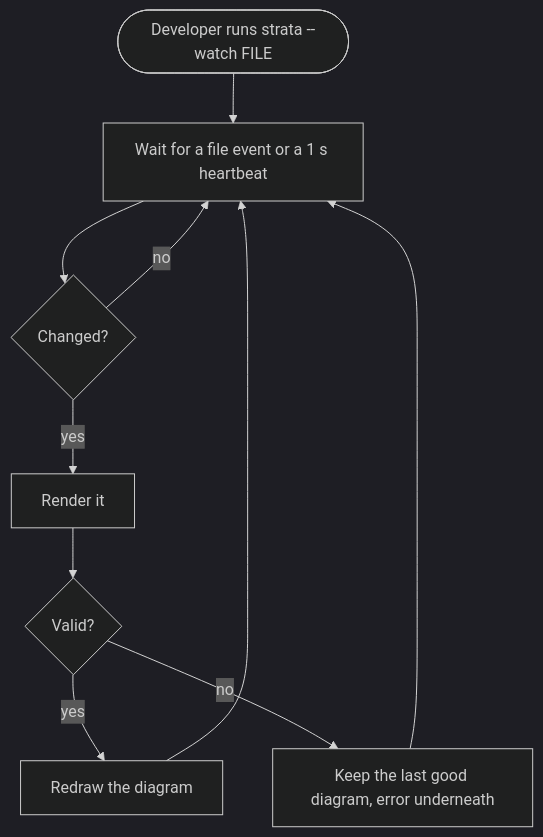
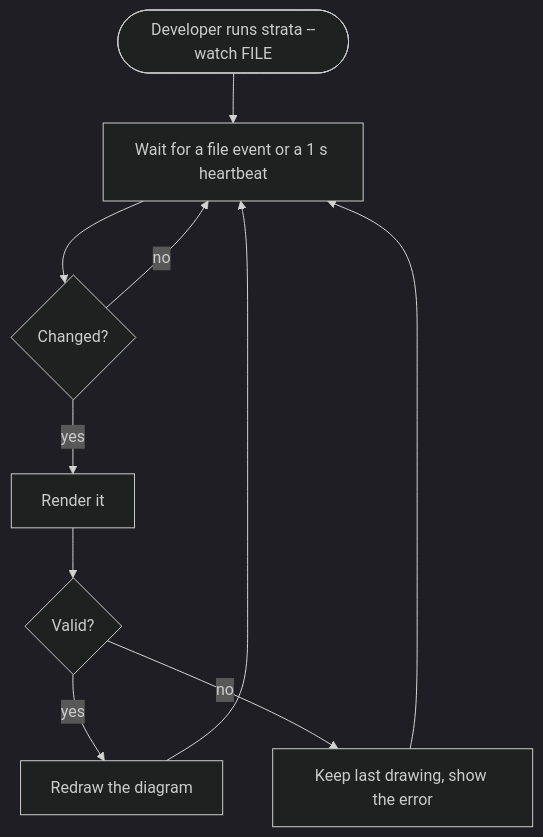
The diagram in docs/flows/watch-a-diagram.md (Ross-cripto/casemap), drawn with Mermaid (dark theme) before and after one commit. The commit also changed 24 other files, not shown here.

First line of the commit message:
feat(flows): strata init, the strata-flows agent skill and strata check

````diff
--- a/docs/flows/watch-a-diagram.md
+++ b/docs/flows/watch-a-diagram.md
@@ -5,12 +5,12 @@
 ```mermaid
 flowchart TD
     dev([Developer runs strata --watch FILE]) --> poll[Wait for a file event or a 1 s heartbeat]
     poll --> changed{Changed?}
     changed -->|no| poll
     changed -->|yes| render[Render it]
     render --> ok{Valid?}
     ok -->|yes| show[Redraw the diagram]
-    ok -->|no| keep[Keep the last good diagram, error underneath]
+    ok -->|no| keep[Keep last drawing, show the error]
     show --> poll
     keep --> poll
 ```
````
